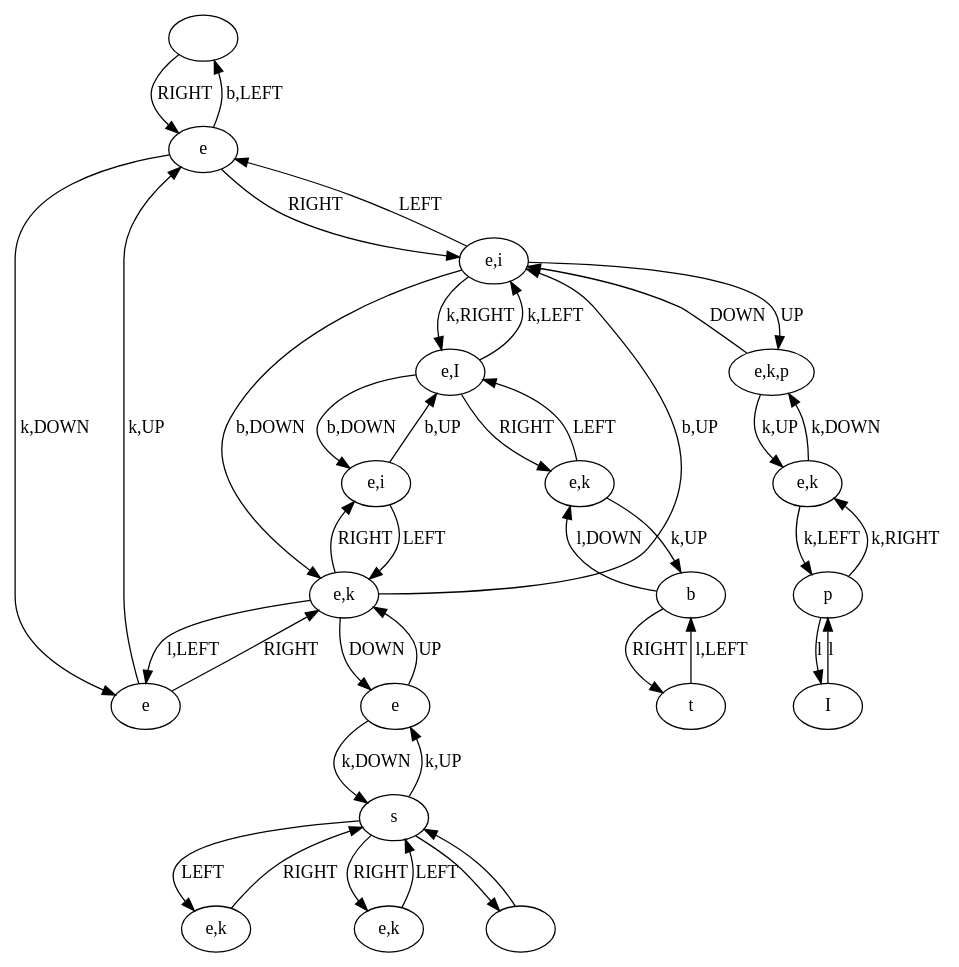
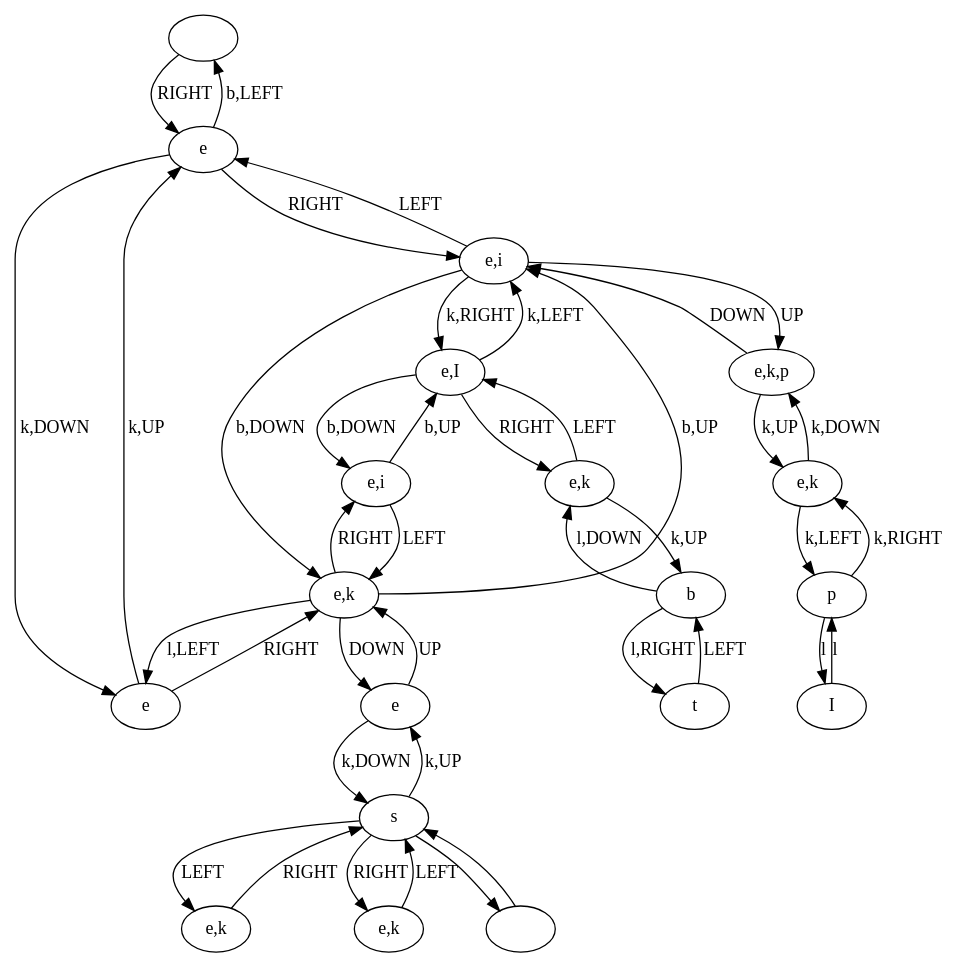
The diagram in data/VGLC/Zelda/Graph Processed/tloz1_1_flip.dot (schrum2/MM-NEAT), drawn with Graphviz before and after one commit. The commit also changed 1 other file, not shown here.

```diff
--- a/data/VGLC/Zelda/Graph Processed/tloz1_1_flip.dot
+++ b/data/VGLC/Zelda/Graph Processed/tloz1_1_flip.dot
@@ -1,61 +1,61 @@
 digraph {
 0 [label=""]
 1 [label="e,I"]
 2 [label="I"]
 3 [label="e,k"]
 4 [label="e"]
 5 [label="e,k"]
 6 [label="e,k"]
 7 [label=""]
 8 [label="s"]
 9 [label="e,i"]
 10 [label="e"]
 11 [label="t"]
 12 [label="e,k,p"]
 13 [label="e,i"]
 14 [label="e"]
 15 [label="b"]
 16 [label="e,k"]
 17 [label="e,k"]
 18 [label="p"]
 7 -> 8 [label=""]
 8 -> 7 [label=""]
 8 -> 4 [label="k,UP"]
 4 -> 8 [label="k,DOWN"]
 10 -> 14 [label="k,UP"]
 14 -> 10 [label="k,DOWN"]
 13 -> 1 [label="k,RIGHT"]
 1 -> 13 [label="k,LEFT"]
 16 -> 18 [label="k,LEFT"]
 18 -> 16 [label="k,RIGHT"]
 18 -> 2 [label="l"]
 2 -> 18 [label="l"]
 3 -> 9 [label="RIGHT"]
 9 -> 3 [label="LEFT"]
 8 -> 5 [label="LEFT"]
 5 -> 8 [label="RIGHT"]
 8 -> 6 [label="RIGHT"]
 6 -> 8 [label="LEFT"]
 17 -> 15 [label="k,UP"]
 15 -> 17 [label="l,DOWN"]
-15 -> 11 [label="RIGHT"]
-11 -> 15 [label="l,LEFT"]
+15 -> 11 [label="l,RIGHT"]
+11 -> 15 [label="LEFT"]
 10 -> 3 [label="RIGHT"]
 3 -> 10 [label="l,LEFT"]
 14 -> 0 [label="b,LEFT"]
 0 -> 14 [label="RIGHT"]
 12 -> 16 [label="k,UP"]
 16 -> 12 [label="k,DOWN"]
 12 -> 13 [label="DOWN"]
 13 -> 12 [label="UP"]
 4 -> 3 [label="UP"]
 3 -> 4 [label="DOWN"]
 13 -> 14 [label="LEFT"]
 14 -> 13 [label="RIGHT"]
 9 -> 1 [label="b,UP"]
 1 -> 9 [label="b,DOWN"]
 3 -> 13 [label="b,UP"]
 13 -> 3 [label="b,DOWN"]
 1 -> 17 [label="RIGHT"]
 17 -> 1 [label="LEFT"]
 }
```
